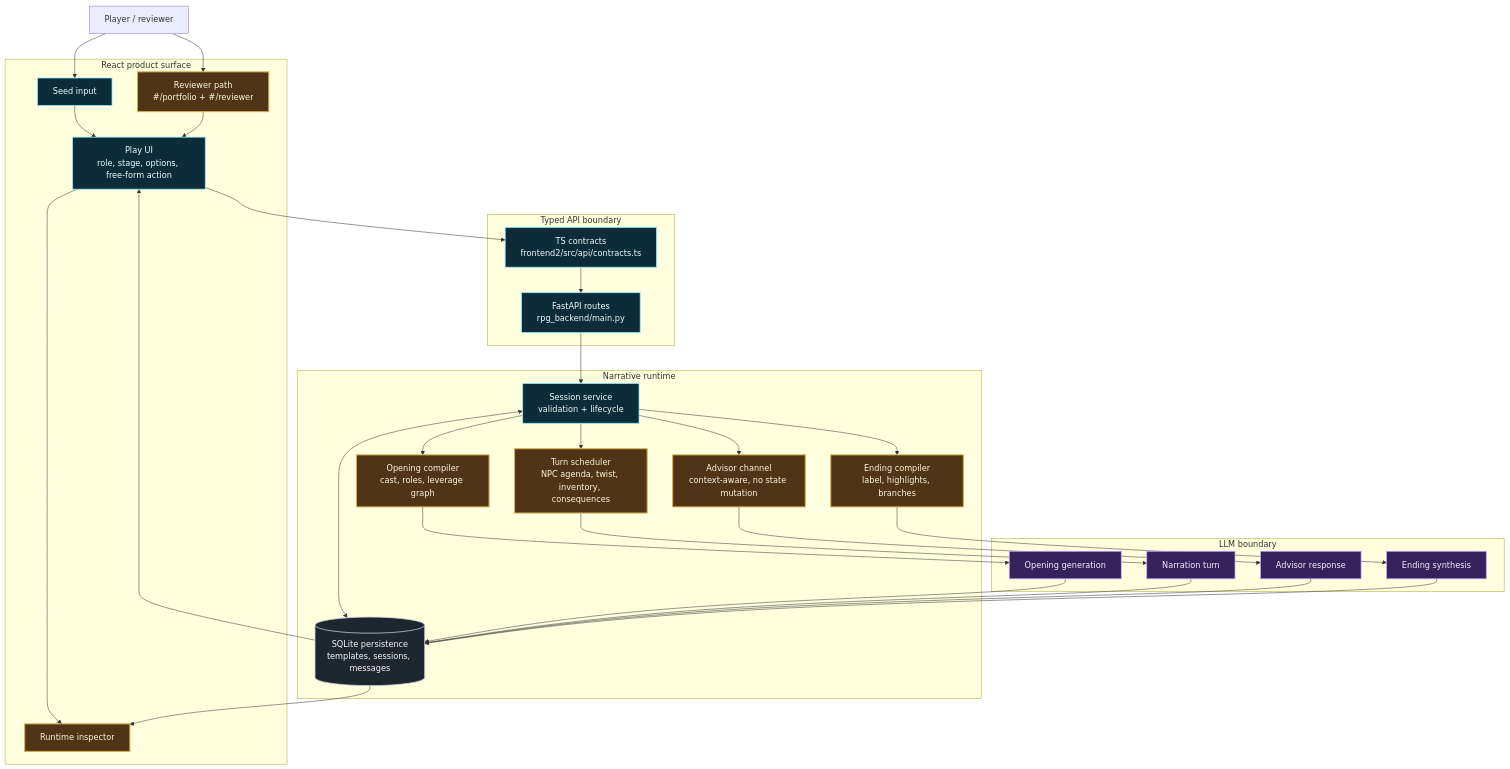
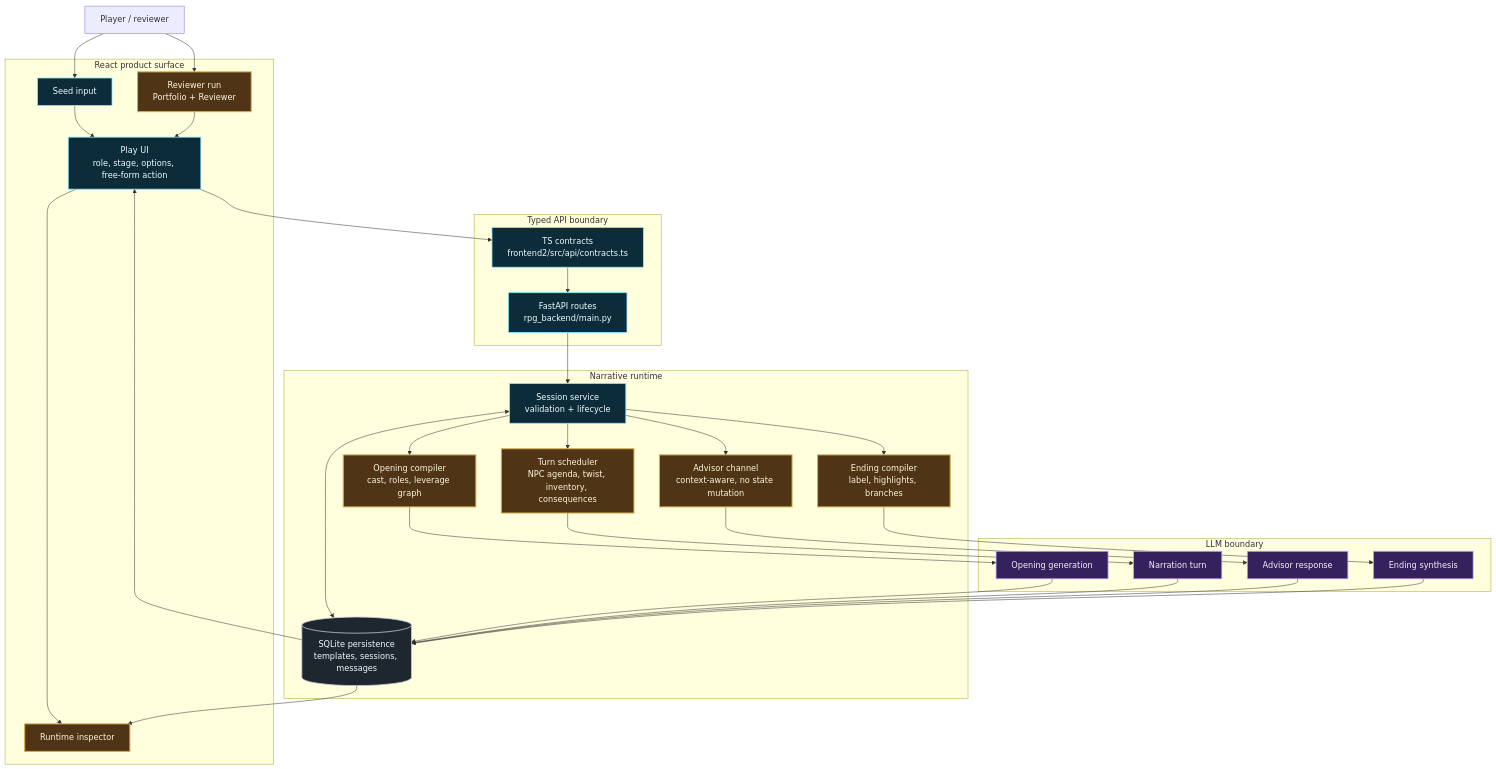
The diagram in README.md (lishehao/RPG_Demo), drawn with Mermaid before and after one commit. The commit also changed other lines of this file and 3 other files, not shown here.

Commit message:
Align README reviewer run framing

````diff
--- a/README.md
+++ b/README.md
@@ -164,65 +165,65 @@
 ```mermaid
 flowchart TB
     U["Player / reviewer"]
 
     subgraph Product["React product surface"]
         HOME["Seed input"]
-        REVIEW["Reviewer path<br/>#/portfolio + #/reviewer"]
+        REVIEW["Reviewer run<br/>Portfolio + Reviewer"]
         PLAY["Play UI<br/>role, stage, options, free-form action"]
         INSPECT["Runtime inspector"]
     end
 
     subgraph API["Typed API boundary"]
         CLIENT["TS contracts<br/>frontend2/src/api/contracts.ts"]
         ROUTES["FastAPI routes<br/>rpg_backend/main.py"]
     end
 
     subgraph Runtime["Narrative runtime"]
         SERVICE["Session service<br/>validation + lifecycle"]
         OPENING["Opening compiler<br/>cast, roles, leverage graph"]
         TURN["Turn scheduler<br/>NPC agenda, twist, inventory, consequences"]
         ADVISOR["Advisor channel<br/>context-aware, no state mutation"]
         ENDING["Ending compiler<br/>label, highlights, branches"]
         STORE[("SQLite persistence<br/>templates, sessions, messages")]
     end
 
     subgraph LLM["LLM boundary"]
         OPEN_LLM["Opening generation"]
         TURN_LLM["Narration turn"]
         ADVISOR_LLM["Advisor response"]
         END_LLM["Ending synthesis"]
     end
 
     U --> HOME
     U --> REVIEW
     HOME --> PLAY
     REVIEW --> PLAY
     PLAY --> INSPECT
     PLAY --> CLIENT
     CLIENT --> ROUTES
     ROUTES --> SERVICE
 
     SERVICE --> OPENING
     SERVICE --> TURN
     SERVICE --> ADVISOR
     SERVICE --> ENDING
     SERVICE <--> STORE
 
     OPENING --> OPEN_LLM --> STORE
     TURN --> TURN_LLM --> STORE
     ADVISOR --> ADVISOR_LLM --> STORE
     ENDING --> END_LLM --> STORE
 
     STORE --> INSPECT
     STORE --> PLAY
 
     classDef innovation fill:#4f3516,stroke:#d7ad50,color:#fff4df,stroke-width:2px;
     classDef engineering fill:#0d2c3a,stroke:#8ee8ff,color:#ecfbff,stroke-width:1.5px;
     classDef llm fill:#35215c,stroke:#bda7ff,color:#f4efff,stroke-width:1.5px;
     classDef store fill:#1e2730,stroke:#c7ced8,color:#f4f7fb,stroke-width:1.5px;
 
     class OPENING,TURN,ADVISOR,ENDING,REVIEW,INSPECT innovation;
     class CLIENT,ROUTES,SERVICE,PLAY,HOME engineering;
     class OPEN_LLM,TURN_LLM,ADVISOR_LLM,END_LLM llm;
     class STORE store;
 ```
````
